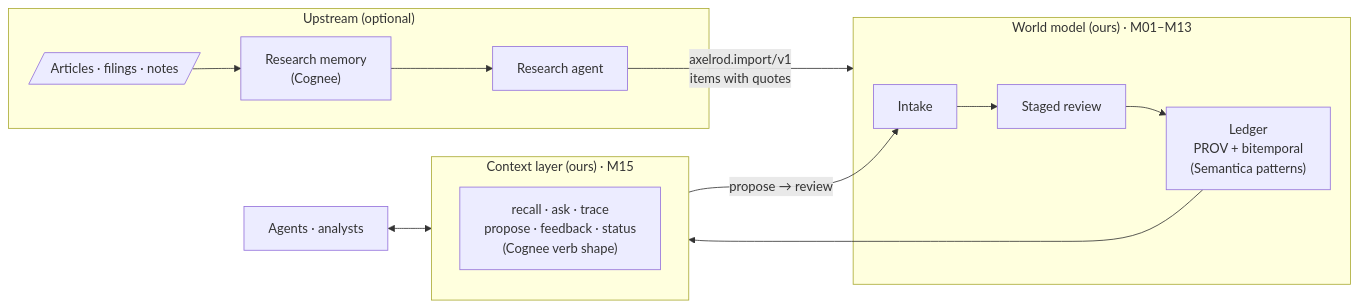
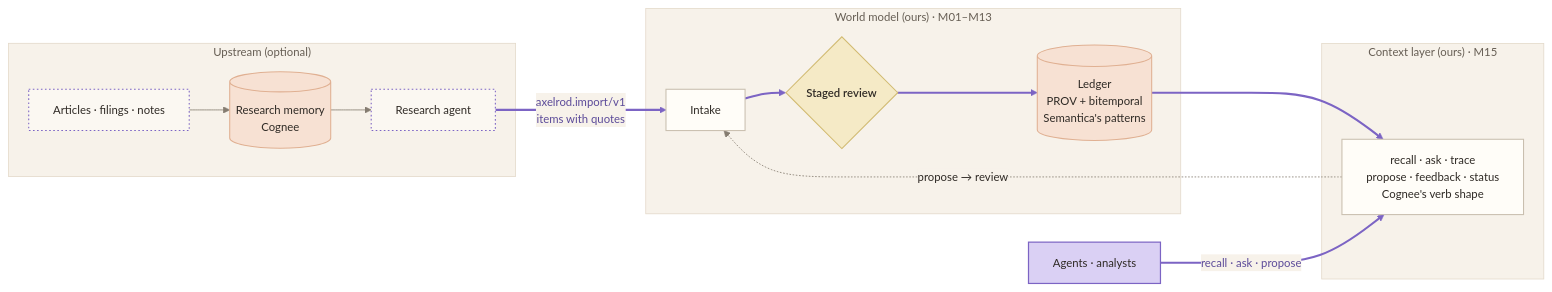
One commit to Axelrod-AI-Engineering/world-model changed the diagram in docs/design/frameworks.md. Above: the diagram before and after it, drawn with Mermaid. The commit also changed other lines of this file and 17 other files, not shown here.

First line of the commit message:
Diagrams in the app's flowchart style, with the happy path in purple; leaner design docs

````diff
--- a/docs/design/frameworks.md
+++ b/docs/design/frameworks.md
@@ -78,17 +12,29 @@
 ```mermaid
+%% style: begin (scripts/docs/style_mermaid.py)
+%%{init: {"theme": "base", "themeVariables": {"fontSize": "14px", "primaryColor": "#FFFDF8", "primaryBorderColor": "#C9BFAF", "primaryTextColor": "#2F2A25", "lineColor": "#857C70", "textColor": "#2F2A25", "secondaryColor": "#F7F2EA", "tertiaryColor": "#FBF8F2", "edgeLabelBackground": "#F7F2EA", "clusterBkg": "#F7F2EA", "clusterBorder": "#E4DACB", "titleColor": "#665E54"}}}%%
+%% style: end
 flowchart LR
   subgraph UP["Upstream (optional)"]
-    DOCS[/"Articles · filings · notes"/] --> COG["Research memory<br/>(Cognee)"]
-    COG --> RA["Research agent"]
+    DOCS["Articles · filings · notes"]:::ext --> COG[("Research memory<br/>Cognee")]:::store
+    COG --> RA["Research agent"]:::ext
   end
-  RA -- "axelrod.import/v1<br/>items with quotes" --> WM
+  RA ==>|"axelrod.import/v1<br/>items with quotes"| IN
   subgraph WM["World model (ours) · M01–M13"]
-    IN["Intake"] --> REV["Staged review"] --> LED["Ledger<br/>PROV + bitemporal<br/>(Semantica patterns)"]
+    IN["Intake"]:::step ==> REV{"Staged review"}:::check
+    REV ==> LED[("Ledger<br/>PROV + bitemporal<br/>Semantica's patterns")]:::store
   end
   subgraph CL["Context layer (ours) · M15"]
-    V["recall · ask · trace<br/>propose · feedback · status<br/>(Cognee verb shape)"]
+    V["recall · ask · trace<br/>propose · feedback · status<br/>Cognee's verb shape"]:::step
   end
-  LED --> CL
-  CL -- "propose → review" --> IN
-  AG["Agents · analysts"] <--> CL
+  LED ==> V
+  V -.->|propose → review| IN
+  AG["Agents · analysts"]:::start ==>|recall · ask · propose| V
+  %% style: classes and happy path
+  classDef start fill:#DAD0F4,stroke:#7C64C4,stroke-width:1.5px,color:#2F2A25
+  classDef step fill:#FFFDF8,stroke:#C9BFAF,stroke-width:1.3px,color:#2F2A25
+  classDef check fill:#F5EAC6,stroke:#D2BB72,stroke-width:1.3px,color:#2F2A25,font-weight:600
+  classDef store fill:#F7E1D3,stroke:#E0B092,stroke-width:1.3px,color:#2F2A25
+  classDef ext fill:#FBF8F2,stroke:#7C64C4,stroke-width:1.3px,stroke-dasharray:2 3,color:#2F2A25
+  linkStyle 2,3,4,5,7 stroke:#7C64C4,stroke-width:2.6px,color:#5B4A99
+  %% style: end
 ```
````
